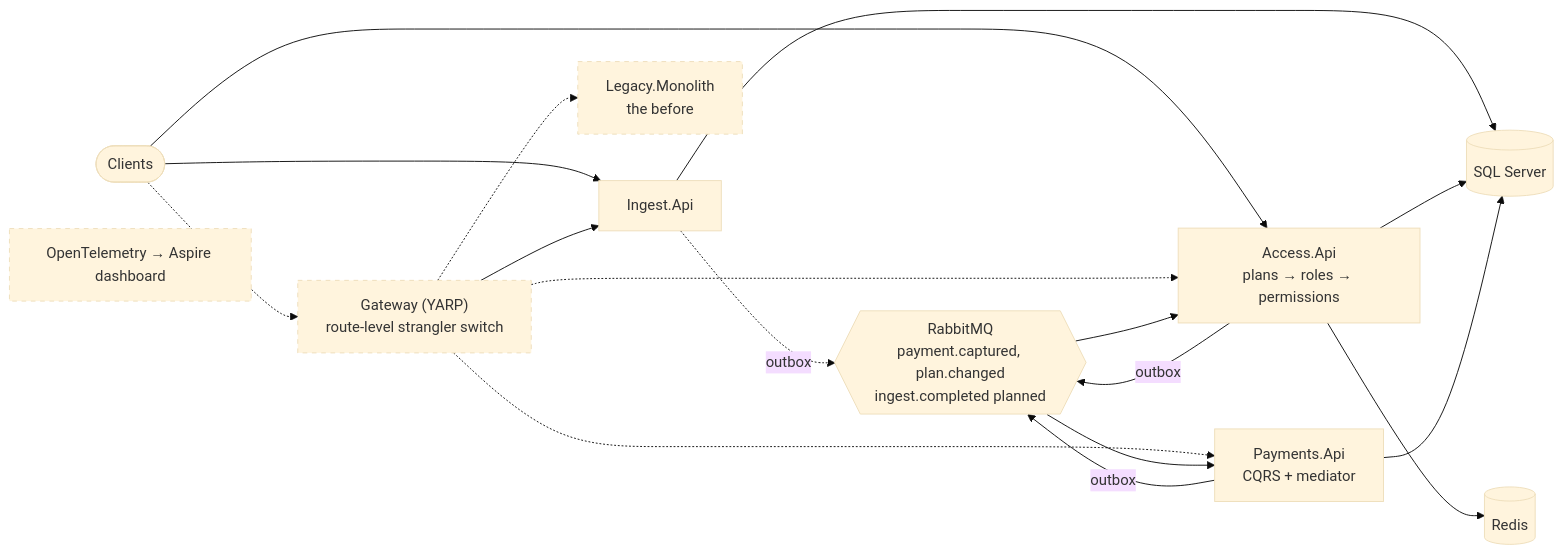
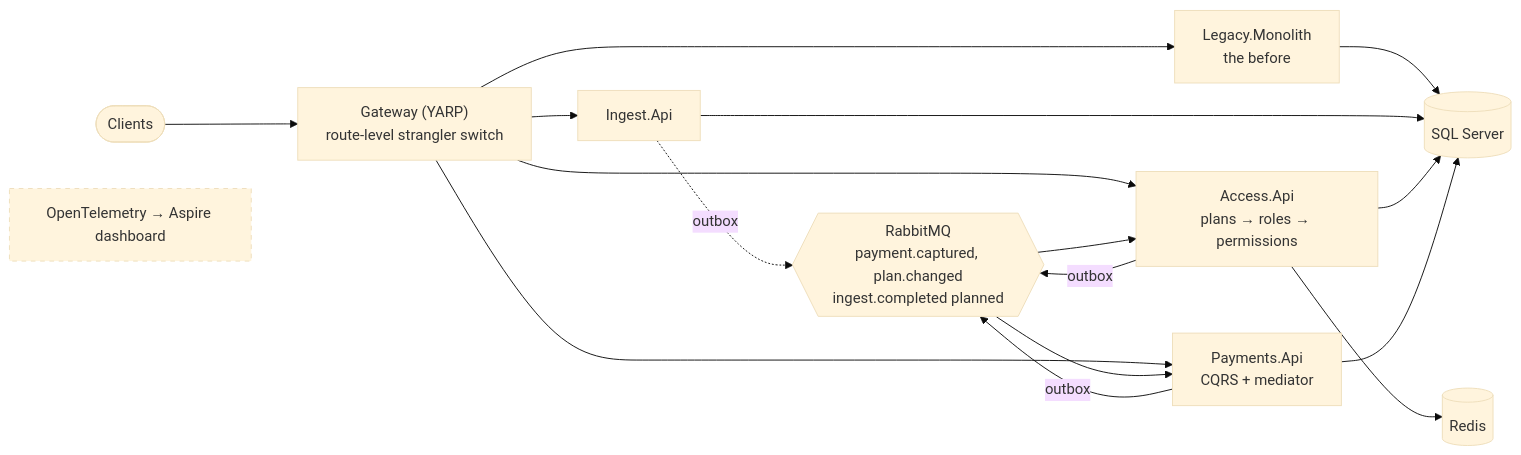
The fifth of 5 diagrams in docs/architecture.md (Arggon/dotnet-batchyard), drawn with Mermaid (base theme) before and after one commit. The commit also changed other lines of this file and 6 other files, not shown here.

First line of the commit message:
bench: k6 comparison of the legacy monolith vs ingest-svc (and via the gateway)

````diff
--- a/docs/architecture.md
+++ b/docs/architecture.md
@@ -107,32 +107,31 @@
 ```mermaid
 flowchart LR
     client([Clients])
-    gw["Gateway (YARP)<br/>route-level strangler switch"]:::planned
+    gw["Gateway (YARP)<br/>route-level strangler switch"]
     ingest[Ingest.Api]
     access["Access.Api<br/>plans → roles → permissions"]
     payments["Payments.Api<br/>CQRS + mediator"]
-    legacy["Legacy.Monolith<br/>the before"]:::planned
+    legacy["Legacy.Monolith<br/>the before"]
     sql[(SQL Server)]
     redis[(Redis)]
     mq{{RabbitMQ<br/>payment.captured, plan.changed<br/>ingest.completed planned}}
     otel["OpenTelemetry → Aspire dashboard"]:::planned
 
-    client -.-> gw
-    client --> access
-    client --> ingest
+    client --> gw
     gw --> ingest
-    gw -.-> access
-    gw -.-> payments
-    gw -.-> legacy
+    gw --> access
+    gw --> payments
+    gw --> legacy
+    legacy --> sql
     ingest --> sql
     access --> sql
     access --> redis
     payments --> sql
     ingest -.->|outbox| mq
     payments -->|outbox| mq
     access -->|outbox| mq
     mq --> access
     mq --> payments
 
     classDef planned stroke-dasharray: 5 5
 ```
````
